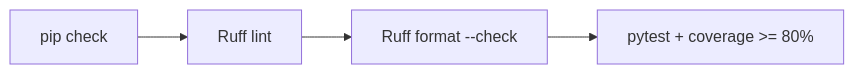
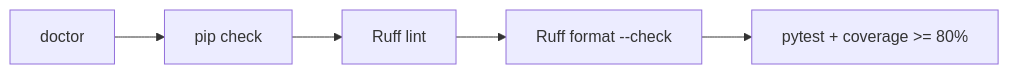
The fourth of 6 diagrams in README.md (k-systems202208/python-sqlite-tailscale-webapp-template), drawn with Mermaid before and after one commit. The commit also changed other lines of this file and 10 other files, not shown here.

````diff
--- a/README.md
+++ b/README.md
@@ -222,6 +235,7 @@
 ```mermaid
 flowchart LR
-    A["pip check"] --> B["Ruff lint"]
+    D["doctor"] --> A["pip check"]
+    A --> B["Ruff lint"]
     B --> C["Ruff format --check"]
-    C --> D["pytest + coverage >= 80%"]
+    C --> T["pytest + coverage >= 80%"]
 ```
````
